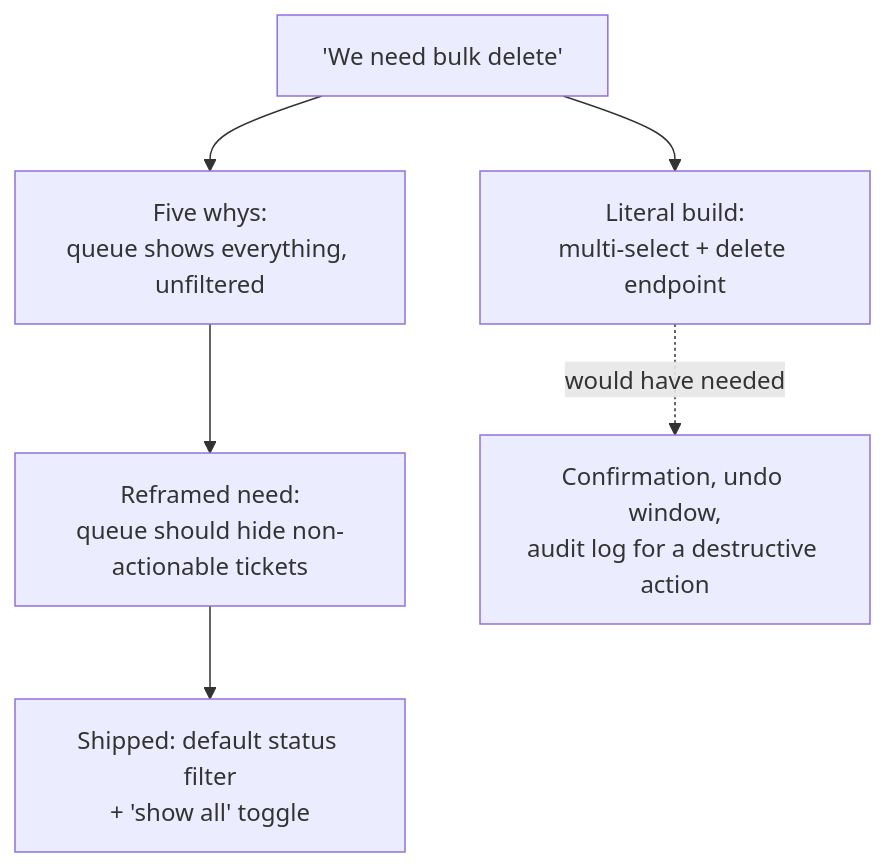
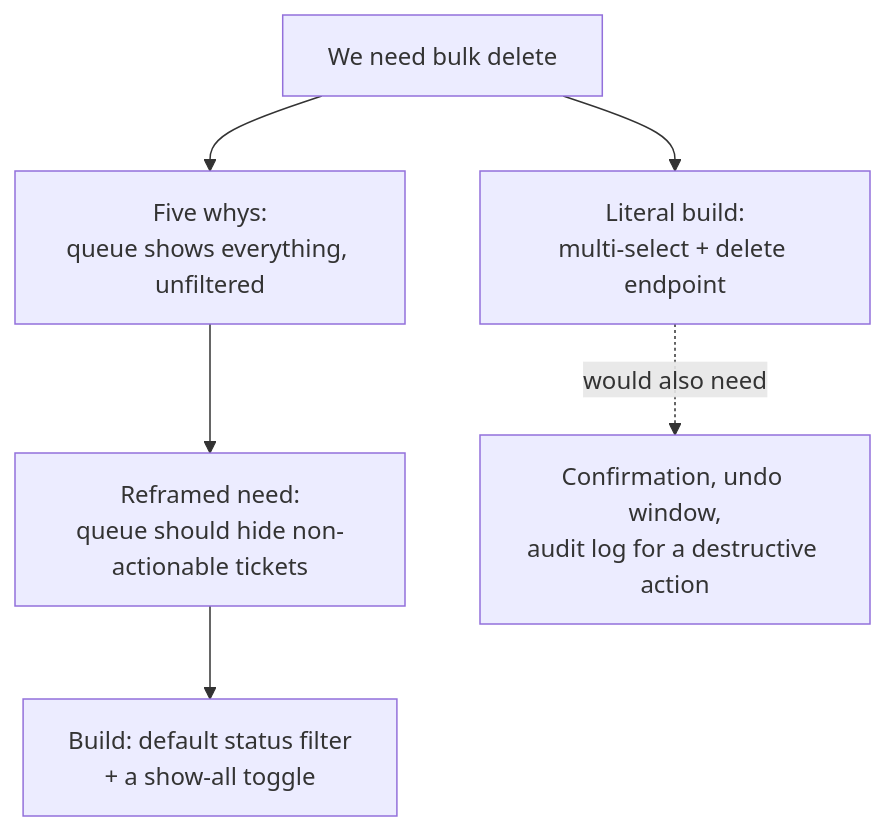
Before and after one commit to francoandreDev/knowledge: the diagram in src/content/product-domain/understanding-user-s-problem-solution/L3-deep-dive.mdx, drawn with Mermaid. The commit also changed other lines of this file and 3 other files, not shown here.

````diff
--- a/src/content/product-domain/understanding-user-s-problem-solution/L3-deep-dive.mdx
+++ b/src/content/product-domain/understanding-user-s-problem-solution/L3-deep-dive.mdx
@@ -78,8 +56,8 @@
 ```mermaid
 flowchart TD
-    Ask["'We need bulk delete'"] --> Literal["Literal build:\nmulti-select + delete endpoint"]
+    Ask["We need bulk delete"] --> Literal["Literal build:\nmulti-select + delete endpoint"]
     Ask --> Whys["Five whys:\nqueue shows everything, unfiltered"]
     Whys --> Reframe["Reframed need:\nqueue should hide non-actionable tickets"]
-    Reframe --> Shipped["Shipped: default status filter\n+ 'show all' toggle"]
-    Literal -.would have needed.-> Rails["Confirmation, undo window,\naudit log for a destructive action"]
+    Reframe --> Shipped["Build: default status filter\n+ a show-all toggle"]
+    Literal -.would also need.-> Rails["Confirmation, undo window,\naudit log for a destructive action"]
 ```
````
